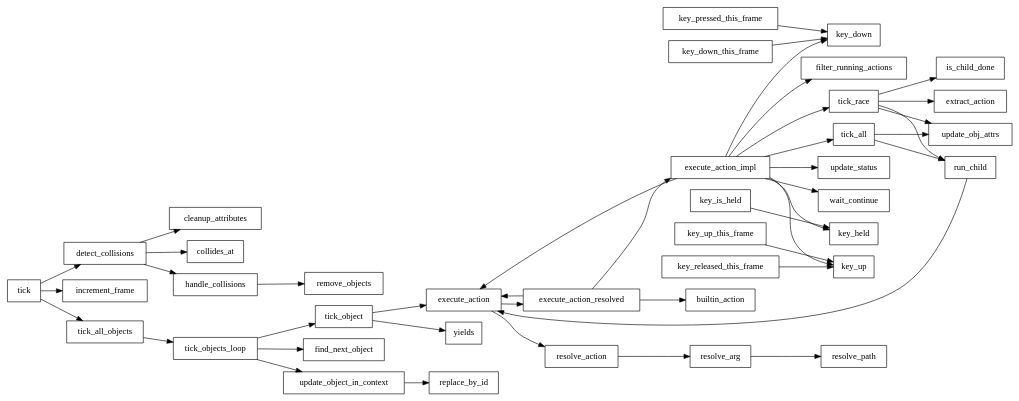
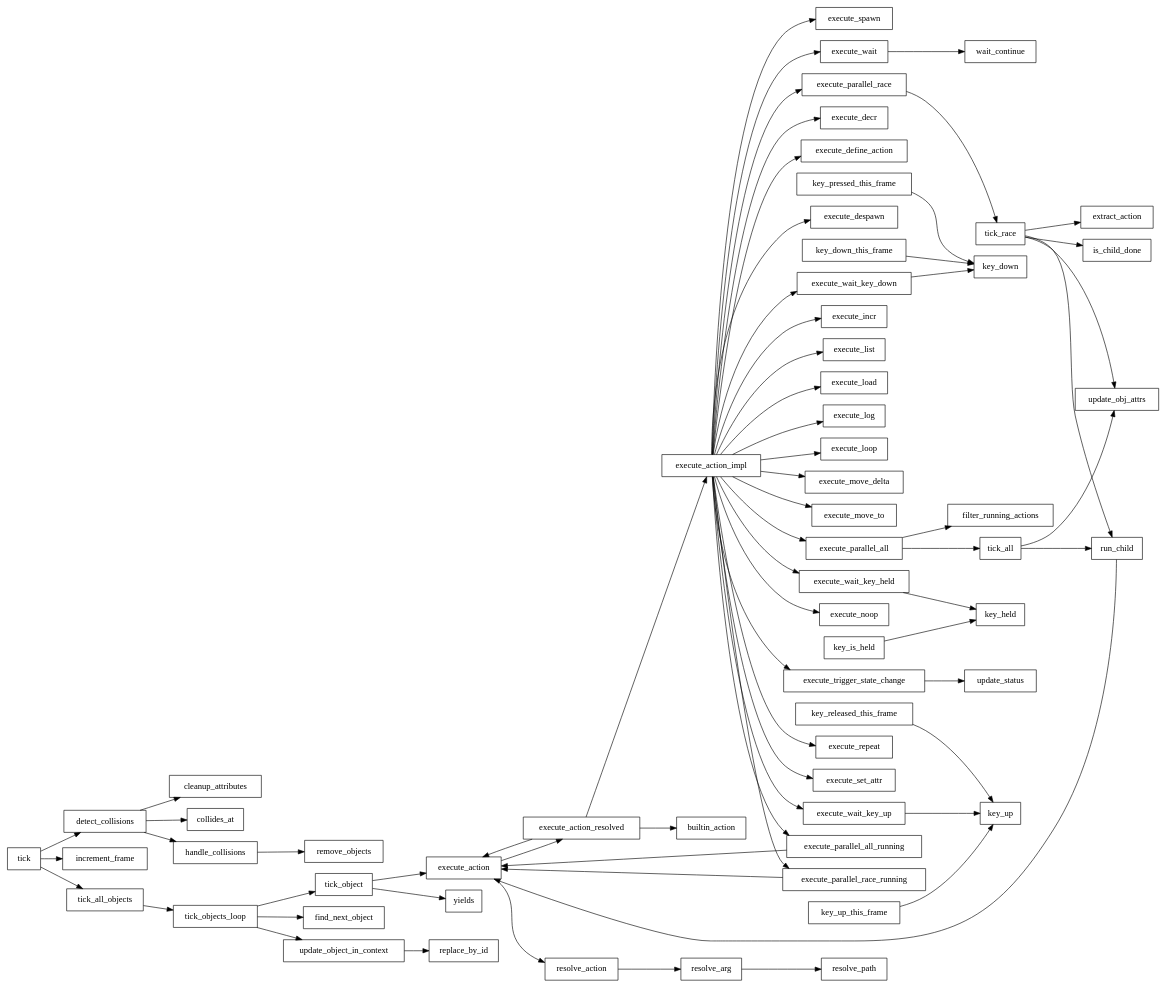
Before and after one commit to fredrik-hjarner/prologinator: the diagram in graph.dot, drawn with Graphviz. The commit also changed 22 other files, not shown here.

```diff
--- a/graph.dot
+++ b/graph.dot
@@ -1,46 +1,70 @@
 digraph G {
   rankdir=LR;
   node [shape=box];
   "detect_collisions" -> "cleanup_attributes";
   "detect_collisions" -> "collides_at";
   "detect_collisions" -> "handle_collisions";
   "execute_action" -> "execute_action_resolved";
   "execute_action" -> "resolve_action";
-  "execute_action_impl" -> "execute_action";
-  "execute_action_impl" -> "filter_running_actions";
-  "execute_action_impl" -> "key_down";
-  "execute_action_impl" -> "key_held";
-  "execute_action_impl" -> "key_up";
-  "execute_action_impl" -> "tick_all";
-  "execute_action_impl" -> "tick_race";
-  "execute_action_impl" -> "update_status";
-  "execute_action_impl" -> "wait_continue";
+  "execute_action_impl" -> "execute_decr";
+  "execute_action_impl" -> "execute_define_action";
+  "execute_action_impl" -> "execute_despawn";
+  "execute_action_impl" -> "execute_incr";
+  "execute_action_impl" -> "execute_list";
+  "execute_action_impl" -> "execute_load";
+  "execute_action_impl" -> "execute_log";
+  "execute_action_impl" -> "execute_loop";
+  "execute_action_impl" -> "execute_move_delta";
+  "execute_action_impl" -> "execute_move_to";
+  "execute_action_impl" -> "execute_noop";
+  "execute_action_impl" -> "execute_parallel_all";
+  "execute_action_impl" -> "execute_parallel_all_running";
+  "execute_action_impl" -> "execute_parallel_race";
+  "execute_action_impl" -> "execute_parallel_race_running";
+  "execute_action_impl" -> "execute_repeat";
+  "execute_action_impl" -> "execute_set_attr";
+  "execute_action_impl" -> "execute_spawn";
+  "execute_action_impl" -> "execute_trigger_state_change";
+  "execute_action_impl" -> "execute_wait";
+  "execute_action_impl" -> "execute_wait_key_down";
+  "execute_action_impl" -> "execute_wait_key_held";
+  "execute_action_impl" -> "execute_wait_key_up";
   "execute_action_resolved" -> "builtin_action";
   "execute_action_resolved" -> "execute_action";
   "execute_action_resolved" -> "execute_action_impl";
+  "execute_parallel_all" -> "filter_running_actions";
+  "execute_parallel_all" -> "tick_all";
+  "execute_parallel_all_running" -> "execute_action";
+  "execute_parallel_race" -> "tick_race";
+  "execute_parallel_race_running" -> "execute_action";
+  "execute_trigger_state_change" -> "update_status";
+  "execute_wait" -> "wait_continue";
+  "execute_wait_key_down" -> "key_down";
+  "execute_wait_key_held" -> "key_held";
+  "execute_wait_key_up" -> "key_up";
   "handle_collisions" -> "remove_objects";
   "key_down_this_frame" -> "key_down";
   "key_is_held" -> "key_held";
   "key_pressed_this_frame" -> "key_down";
   "key_released_this_frame" -> "key_up";
   "key_up_this_frame" -> "key_up";
   "resolve_action" -> "resolve_arg";
   "resolve_arg" -> "resolve_path";
   "run_child" -> "execute_action";
   "tick" -> "detect_collisions";
   "tick" -> "increment_frame";
   "tick" -> "tick_all_objects";
   "tick_all" -> "run_child";
   "tick_all" -> "update_obj_attrs";
   "tick_all_objects" -> "tick_objects_loop";
   "tick_object" -> "execute_action";
   "tick_object" -> "yields";
   "tick_objects_loop" -> "find_next_object";
   "tick_objects_loop" -> "tick_object";
   "tick_objects_loop" -> "update_object_in_context";
   "tick_race" -> "extract_action";
   "tick_race" -> "is_child_done";
   "tick_race" -> "run_child";
   "tick_race" -> "update_obj_attrs";
   "update_object_in_context" -> "replace_by_id";
 }
```
